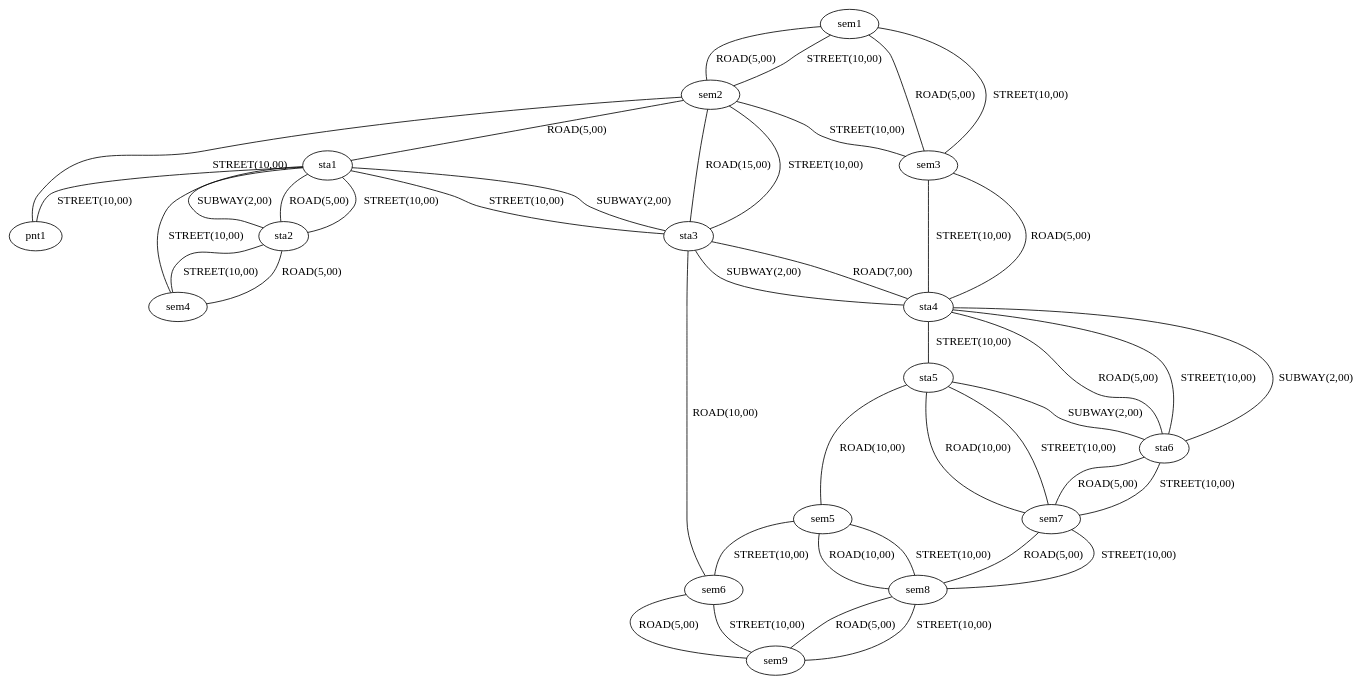
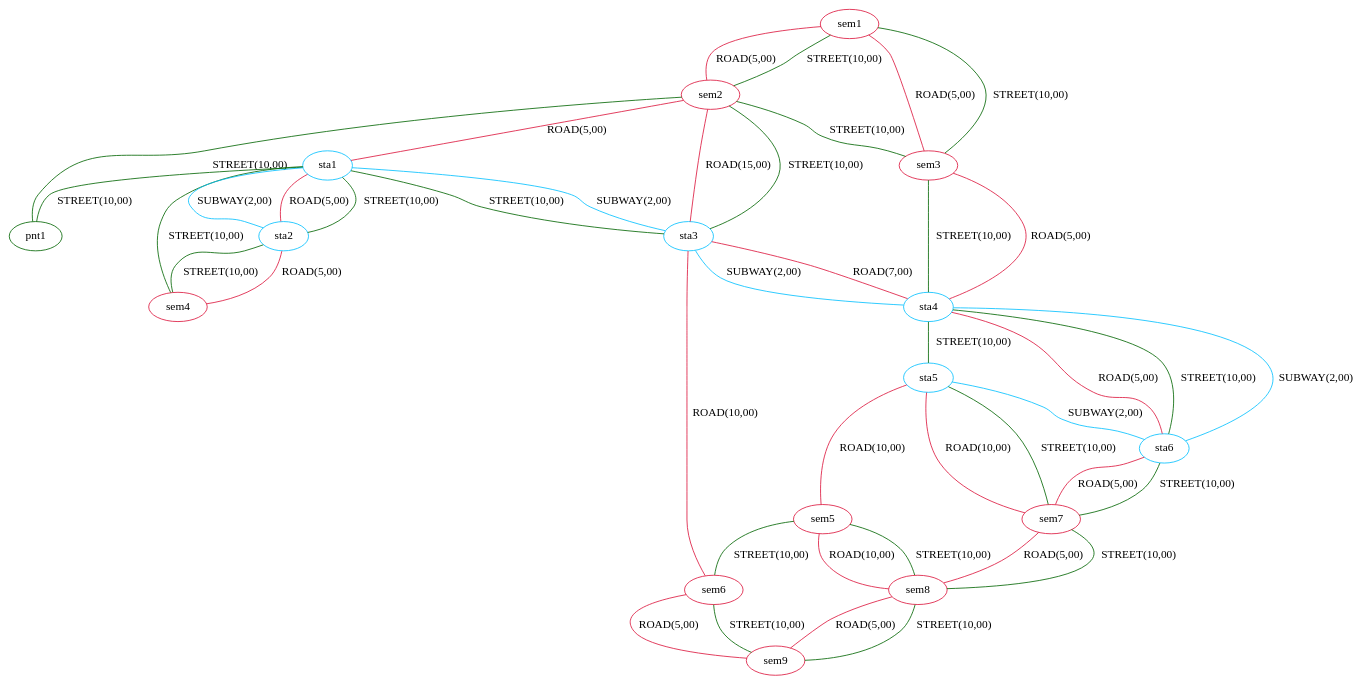
One commit to goncaloacteixeira/feup-asma-proj1 changed the diagram in citygraph.dot. Above: the diagram before and after it, drawn with Graphviz. The commit also changed 9 other files, not shown here.

Commit message:
added color to graph

```diff
--- a/citygraph.dot
+++ b/citygraph.dot
@@ -1,60 +1,60 @@
 graph G {
-  sem1 [ type="semaphore" ];
-  sem2 [ type="semaphore" ];
-  sem3 [ type="semaphore" ];
-  sem4 [ type="semaphore" ];
-  sem5 [ type="semaphore" ];
-  sem6 [ type="semaphore" ];
-  sem7 [ type="semaphore" ];
-  sem8 [ type="semaphore" ];
-  sem9 [ type="semaphore" ];
-  pnt1 [ type="point" ];
-  sta1 [ type="station" ];
-  sta2 [ type="station" ];
-  sta3 [ type="station" ];
-  sta4 [ type="station" ];
-  sta5 [ type="station" ];
-  sta6 [ type="station" ];
-  sem1 -- sem2 [ weight="5.0" label="ROAD(5,00)" type="road" ];
-  sem1 -- sem2 [ weight="10.0" label="STREET(10,00)" type="street" ];
-  sem1 -- sem3 [ weight="5.0" label="ROAD(5,00)" type="road" ];
-  sem1 -- sem3 [ weight="10.0" label="STREET(10,00)" type="street" ];
-  sem2 -- sem3 [ weight="10.0" label="STREET(10,00)" type="street" ];
-  sem2 -- sta3 [ weight="15.0" label="ROAD(15,00)" type="road" ];
-  sem2 -- sta3 [ weight="10.0" label="STREET(10,00)" type="street" ];
-  sem2 -- pnt1 [ weight="10.0" label="STREET(10,00)" type="street" ];
-  sem2 -- sta1 [ weight="5.0" label="ROAD(5,00)" type="road" ];
-  sta1 -- sta3 [ weight="10.0" label="STREET(10,00)" type="street" ];
-  sta1 -- sta3 [ weight="2.0" label="SUBWAY(2,00)" type="subway" ];
-  sta1 -- sta2 [ weight="5.0" label="ROAD(5,00)" type="road" ];
-  sta1 -- sta2 [ weight="10.0" label="STREET(10,00)" type="street" ];
-  sta1 -- sta2 [ weight="2.0" label="SUBWAY(2,00)" type="subway" ];
-  sta1 -- pnt1 [ weight="10.0" label="STREET(10,00)" type="street" ];
-  sta1 -- sem4 [ weight="10.0" label="STREET(10,00)" type="street" ];
-  sta2 -- sem4 [ weight="5.0" label="ROAD(5,00)" type="road" ];
-  sta2 -- sem4 [ weight="10.0" label="STREET(10,00)" type="street" ];
-  sem3 -- sta4 [ weight="10.0" label="STREET(10,00)" type="street" ];
-  sem3 -- sta4 [ weight="5.0" label="ROAD(5,00)" type="road" ];
-  sta3 -- sta4 [ weight="7.0" label="ROAD(7,00)" type="road" ];
-  sta3 -- sta4 [ weight="2.0" label="SUBWAY(2,00)" type="subway" ];
-  sta3 -- sem6 [ weight="10.0" label="ROAD(10,00)" type="road" ];
-  sta4 -- sta5 [ weight="10.0" label="STREET(10,00)" type="street" ];
-  sta4 -- sta6 [ weight="5.0" label="ROAD(5,00)" type="road" ];
-  sta4 -- sta6 [ weight="10.0" label="STREET(10,00)" type="street" ];
-  sta4 -- sta6 [ weight="2.0" label="SUBWAY(2,00)" type="subway" ];
-  sta5 -- sem5 [ weight="10.0" label="ROAD(10,00)" type="road" ];
-  sta5 -- sta6 [ weight="2.0" label="SUBWAY(2,00)" type="subway" ];
-  sta5 -- sem7 [ weight="10.0" label="ROAD(10,00)" type="road" ];
-  sta5 -- sem7 [ weight="10.0" label="STREET(10,00)" type="street" ];
-  sem5 -- sem6 [ weight="10.0" label="STREET(10,00)" type="street" ];
-  sem5 -- sem8 [ weight="10.0" label="ROAD(10,00)" type="road" ];
-  sem5 -- sem8 [ weight="10.0" label="STREET(10,00)" type="street" ];
-  sem6 -- sem9 [ weight="5.0" label="ROAD(5,00)" type="road" ];
-  sem6 -- sem9 [ weight="10.0" label="STREET(10,00)" type="street" ];
-  sta6 -- sem7 [ weight="5.0" label="ROAD(5,00)" type="road" ];
-  sta6 -- sem7 [ weight="10.0" label="STREET(10,00)" type="street" ];
-  sem7 -- sem8 [ weight="5.0" label="ROAD(5,00)" type="road" ];
-  sem7 -- sem8 [ weight="10.0" label="STREET(10,00)" type="street" ];
-  sem8 -- sem9 [ weight="5.0" label="ROAD(5,00)" type="road" ];
-  sem8 -- sem9 [ weight="10.0" label="STREET(10,00)" type="street" ];
+  sem1 [ type="semaphore" color="crimson" ];
+  sem2 [ type="semaphore" color="crimson" ];
+  sem3 [ type="semaphore" color="crimson" ];
+  sem4 [ type="semaphore" color="crimson" ];
+  sem5 [ type="semaphore" color="crimson" ];
+  sem6 [ type="semaphore" color="crimson" ];
+  sem7 [ type="semaphore" color="crimson" ];
+  sem8 [ type="semaphore" color="crimson" ];
+  sem9 [ type="semaphore" color="crimson" ];
+  pnt1 [ type="point" color="darkgreen" ];
+  sta1 [ type="station" color="deepskyblue" ];
+  sta2 [ type="station" color="deepskyblue" ];
+  sta3 [ type="station" color="deepskyblue" ];
+  sta4 [ type="station" color="deepskyblue" ];
+  sta5 [ type="station" color="deepskyblue" ];
+  sta6 [ type="station" color="deepskyblue" ];
+  sem1 -- sem2 [ weight="5.0" label="ROAD(5,00)" type="road" color="crimson" ];
+  sem1 -- sem2 [ weight="10.0" label="STREET(10,00)" type="street" color="darkgreen" ];
+  sem1 -- sem3 [ weight="5.0" label="ROAD(5,00)" type="road" color="crimson" ];
+  sem1 -- sem3 [ weight="10.0" label="STREET(10,00)" type="street" color="darkgreen" ];
+  sem2 -- sem3 [ weight="10.0" label="STREET(10,00)" type="street" color="darkgreen" ];
+  sem2 -- sta3 [ weight="15.0" label="ROAD(15,00)" type="road" color="crimson" ];
+  sem2 -- sta3 [ weight="10.0" label="STREET(10,00)" type="street" color="darkgreen" ];
+  sem2 -- pnt1 [ weight="10.0" label="STREET(10,00)" type="street" color="darkgreen" ];
+  sem2 -- sta1 [ weight="5.0" label="ROAD(5,00)" type="road" color="crimson" ];
+  sta1 -- sta3 [ weight="10.0" label="STREET(10,00)" type="street" color="darkgreen" ];
+  sta1 -- sta3 [ weight="2.0" label="SUBWAY(2,00)" type="subway" color="deepskyblue" ];
+  sta1 -- sta2 [ weight="5.0" label="ROAD(5,00)" type="road" color="crimson" ];
+  sta1 -- sta2 [ weight="10.0" label="STREET(10,00)" type="street" color="darkgreen" ];
+  sta1 -- sta2 [ weight="2.0" label="SUBWAY(2,00)" type="subway" color="deepskyblue" ];
+  sta1 -- pnt1 [ weight="10.0" label="STREET(10,00)" type="street" color="darkgreen" ];
+  sta1 -- sem4 [ weight="10.0" label="STREET(10,00)" type="street" color="darkgreen" ];
+  sta2 -- sem4 [ weight="5.0" label="ROAD(5,00)" type="road" color="crimson" ];
+  sta2 -- sem4 [ weight="10.0" label="STREET(10,00)" type="street" color="darkgreen" ];
+  sem3 -- sta4 [ weight="10.0" label="STREET(10,00)" type="street" color="darkgreen" ];
+  sem3 -- sta4 [ weight="5.0" label="ROAD(5,00)" type="road" color="crimson" ];
+  sta3 -- sta4 [ weight="7.0" label="ROAD(7,00)" type="road" color="crimson" ];
+  sta3 -- sta4 [ weight="2.0" label="SUBWAY(2,00)" type="subway" color="deepskyblue" ];
+  sta3 -- sem6 [ weight="10.0" label="ROAD(10,00)" type="road" color="crimson" ];
+  sta4 -- sta5 [ weight="10.0" label="STREET(10,00)" type="street" color="darkgreen" ];
+  sta4 -- sta6 [ weight="5.0" label="ROAD(5,00)" type="road" color="crimson" ];
+  sta4 -- sta6 [ weight="10.0" label="STREET(10,00)" type="street" color="darkgreen" ];
+  sta4 -- sta6 [ weight="2.0" label="SUBWAY(2,00)" type="subway" color="deepskyblue" ];
+  sta5 -- sem5 [ weight="10.0" label="ROAD(10,00)" type="road" color="crimson" ];
+  sta5 -- sta6 [ weight="2.0" label="SUBWAY(2,00)" type="subway" color="deepskyblue" ];
+  sta5 -- sem7 [ weight="10.0" label="ROAD(10,00)" type="road" color="crimson" ];
+  sta5 -- sem7 [ weight="10.0" label="STREET(10,00)" type="street" color="darkgreen" ];
+  sem5 -- sem6 [ weight="10.0" label="STREET(10,00)" type="street" color="darkgreen" ];
+  sem5 -- sem8 [ weight="10.0" label="ROAD(10,00)" type="road" color="crimson" ];
+  sem5 -- sem8 [ weight="10.0" label="STREET(10,00)" type="street" color="darkgreen" ];
+  sem6 -- sem9 [ weight="5.0" label="ROAD(5,00)" type="road" color="crimson" ];
+  sem6 -- sem9 [ weight="10.0" label="STREET(10,00)" type="street" color="darkgreen" ];
+  sta6 -- sem7 [ weight="5.0" label="ROAD(5,00)" type="road" color="crimson" ];
+  sta6 -- sem7 [ weight="10.0" label="STREET(10,00)" type="street" color="darkgreen" ];
+  sem7 -- sem8 [ weight="5.0" label="ROAD(5,00)" type="road" color="crimson" ];
+  sem7 -- sem8 [ weight="10.0" label="STREET(10,00)" type="street" color="darkgreen" ];
+  sem8 -- sem9 [ weight="5.0" label="ROAD(5,00)" type="road" color="crimson" ];
+  sem8 -- sem9 [ weight="10.0" label="STREET(10,00)" type="street" color="darkgreen" ];
 }
```
